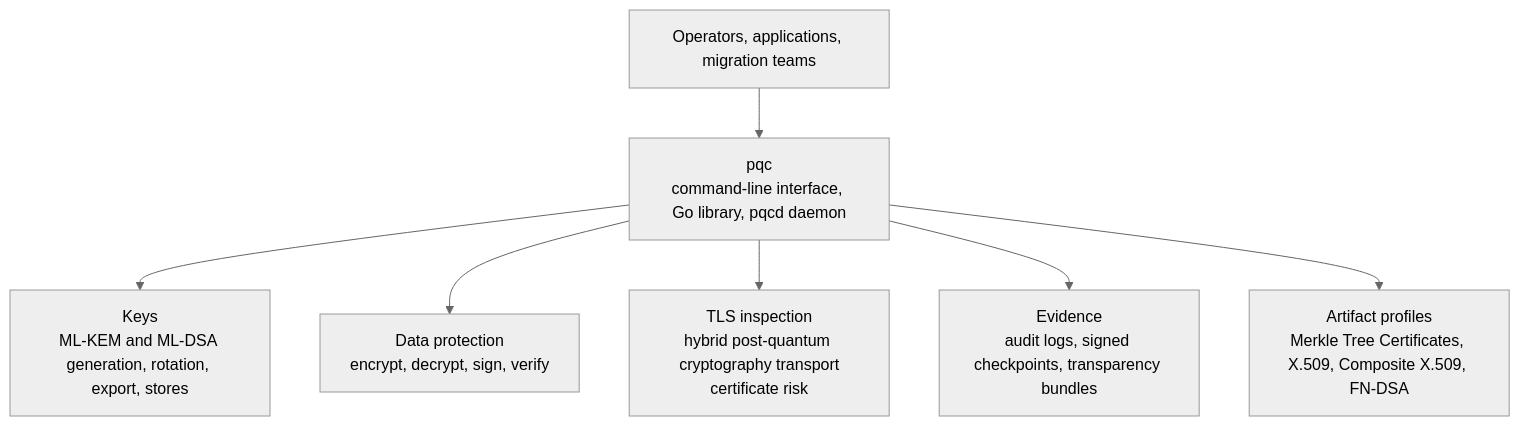
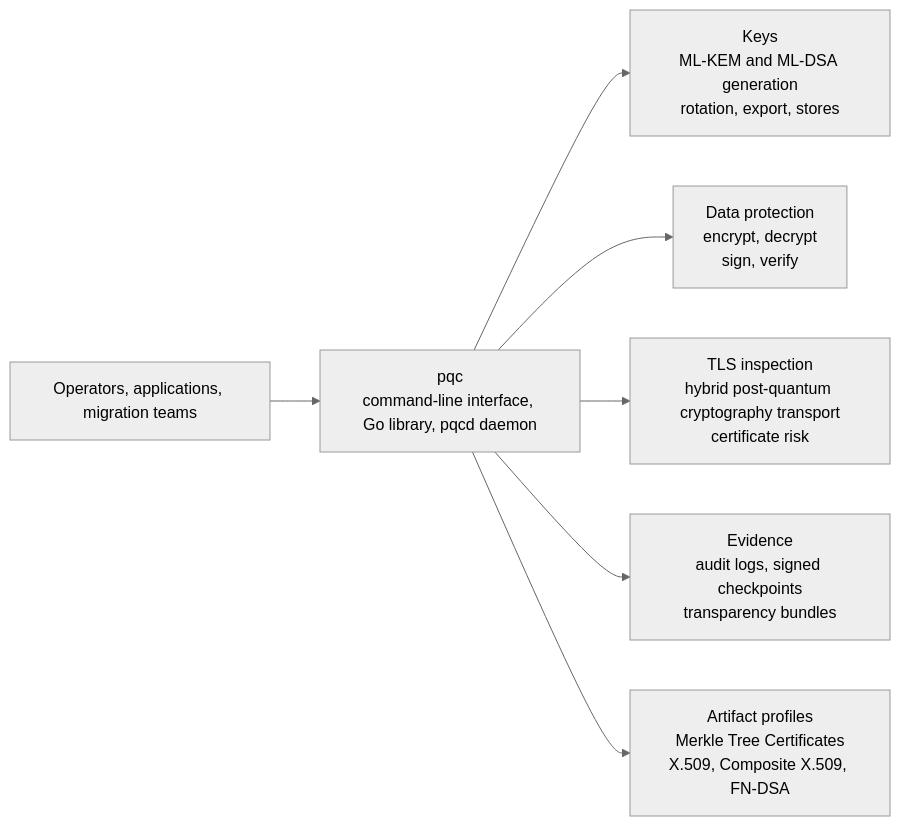
Before and after one commit to helsingin/pqc: the diagram in README.md, drawn with Mermaid (neutral theme).

Commit message:
Rework README Mermaid layout

````diff
--- a/README.md
+++ b/README.md
@@ -24,17 +24,17 @@
 ```mermaid
-flowchart TB
+flowchart LR
     A["Operators, applications, migration teams"]
     B["pqc<br/>command-line interface, Go library, pqcd daemon"]
-    C["Keys<br/>ML-KEM and ML-DSA generation, rotation, export, stores"]
-    D["Data protection<br/>encrypt, decrypt, sign, verify"]
+    C["Keys<br/>ML-KEM and ML-DSA generation<br/>rotation, export, stores"]
+    D["Data protection<br/>encrypt, decrypt<br/>sign, verify"]
     E["TLS inspection<br/>hybrid post-quantum cryptography transport<br/>certificate risk"]
-    F["Evidence<br/>audit logs, signed checkpoints, transparency bundles"]
-    G["Artifact profiles<br/>Merkle Tree Certificates, X.509, Composite X.509, FN-DSA"]
+    F["Evidence<br/>audit logs, signed checkpoints<br/>transparency bundles"]
+    G["Artifact profiles<br/>Merkle Tree Certificates<br/>X.509, Composite X.509, FN-DSA"]
 
     A --> B
     B --> C
     B --> D
     B --> E
     B --> F
     B --> G
 ```
````
